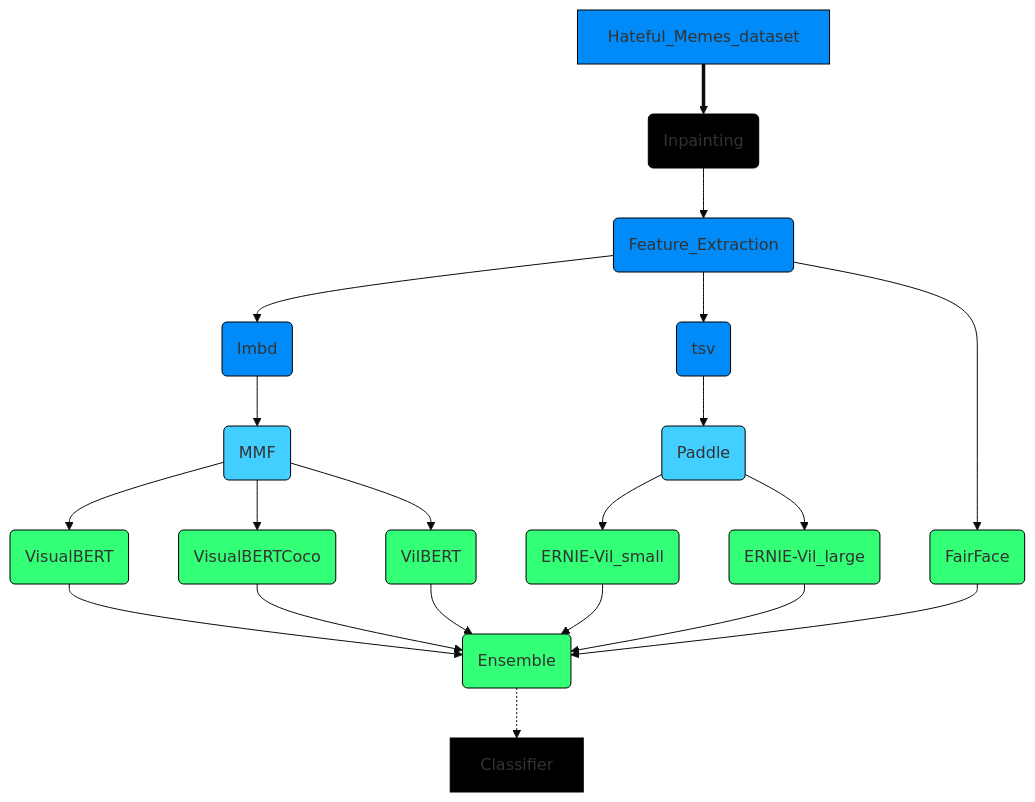
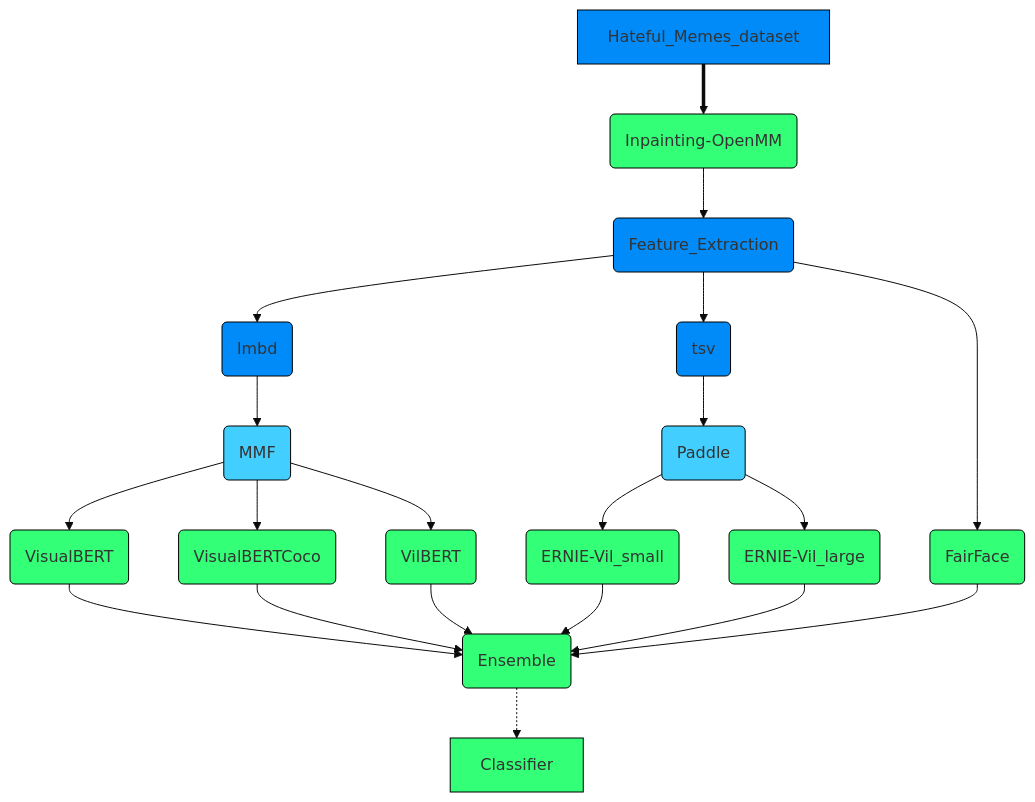
One commit to JanLeyva/approach_TFM changed the diagram in README.md. Above: the diagram before and after it, drawn with Mermaid.

````diff
--- a/README.md
+++ b/README.md
@@ -8,31 +8,34 @@
 ```mermaid
 %%{init: {'theme': 'base', 'themeVariables': { 'primaryColor': '#000000', 
 'edgeLabelBackground':'#000000', 'secondaryColor': '#000000','tertiaryColor': '#000000',
 'defaultLinkColor': '#000605'}}}%%
   graph TD;
-      Hateful_Memes_dataset:::header==>B(Inpainting);
-      B-->C(Feature_Extraction)
+      Hateful_Memes_dataset:::header==>B(Inpainting-OpenMM);
+      B:::models-->C(Feature_Extraction)
       C:::header-->D(lmbd);
       C-->E(tsv);
       C-->N(FairFace);
       E:::header-->F(Paddle);
       F:::subheader-->G(ERNIE-Vil_small);
       F:::subheader-->M(ERNIE-Vil_large);
       D:::header-->H(MMF);
       H:::subheader-->I(VisualBERT);
       H-->J(VisualBERTCoco);
       H-->K(VilBERT);
       I:::models-->L(Ensemble);
       J:::models-->L;
       K:::models-->L;
       G:::models-->L;
       M:::models-->L;
       N:::models-->L;
       L:::ensemble-.->Classifier;
+      Classifier:::classifier;
       
       classDef header fill:#008BF8;
       classDef subheader fill:#42CEFF;
       classDef models fill:#33FF77;
       classDef ensemble fill:#33FF77;
+      classDef classifier fill:#33FF77;
+
       
 ```
````
